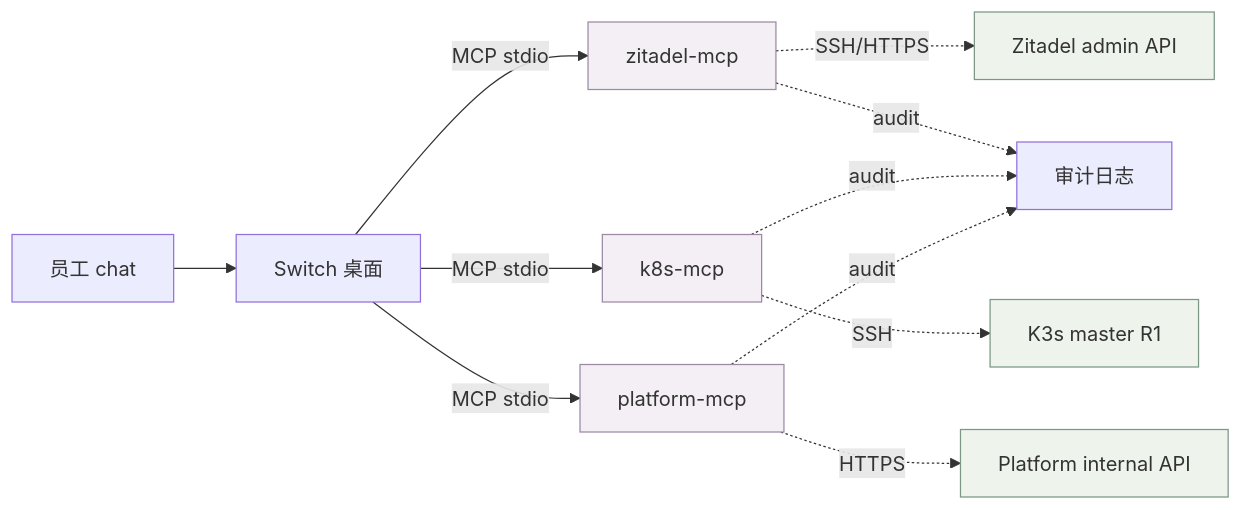
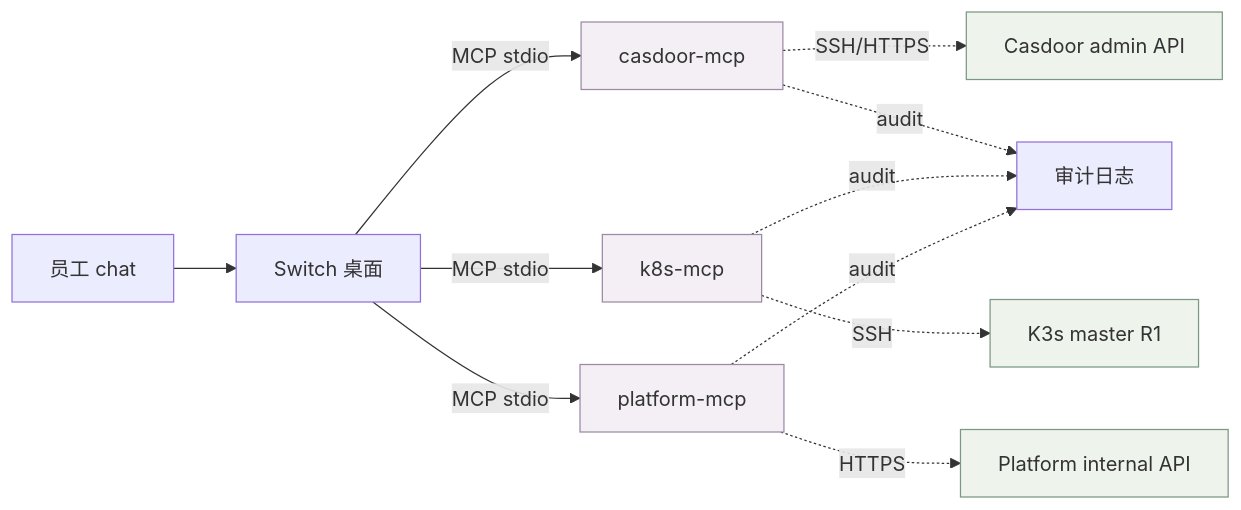
One commit to hanmahong5-arch/lurus-docs changed the fifth of 8 diagrams in internal/cross/integration-recipes.md. Above: the diagram before and after it, drawn with Mermaid. The commit also changed other lines of this file and 30 other files, not shown here.

Commit message:
docs(internal): IdP 术语同步 Zitadel → Casdoor(vendor-neutral OIDC 迁移文档面)

````diff
--- a/internal/cross/integration-recipes.md
+++ b/internal/cross/integration-recipes.md
@@ -251,19 +251,19 @@
 ```mermaid
 graph LR
   EMP[员工 chat] --> SW[Switch 桌面]
-  SW -->|MCP stdio| M1[zitadel-mcp]
+  SW -->|MCP stdio| M1[casdoor-mcp]
   SW -->|MCP stdio| M2[k8s-mcp]
   SW -->|MCP stdio| M3[platform-mcp]
-  M1 -.SSH/HTTPS.-> Z[Zitadel admin API]
+  M1 -.SSH/HTTPS.-> Z[Casdoor admin API]
   M2 -.SSH.-> K[K3s master R1]
   M3 -.HTTPS.-> PF[Platform internal API]
 
   M1 -.audit.-> LOG[审计日志]
   M2 -.audit.-> LOG
   M3 -.audit.-> LOG
 
   classDef tool fill:#f3eff5,stroke:#9C8AA5
   classDef back fill:#eef3ec,stroke:#7C9885
   class M1,M2,M3 tool
   class Z,K,PF back
 ```
````
